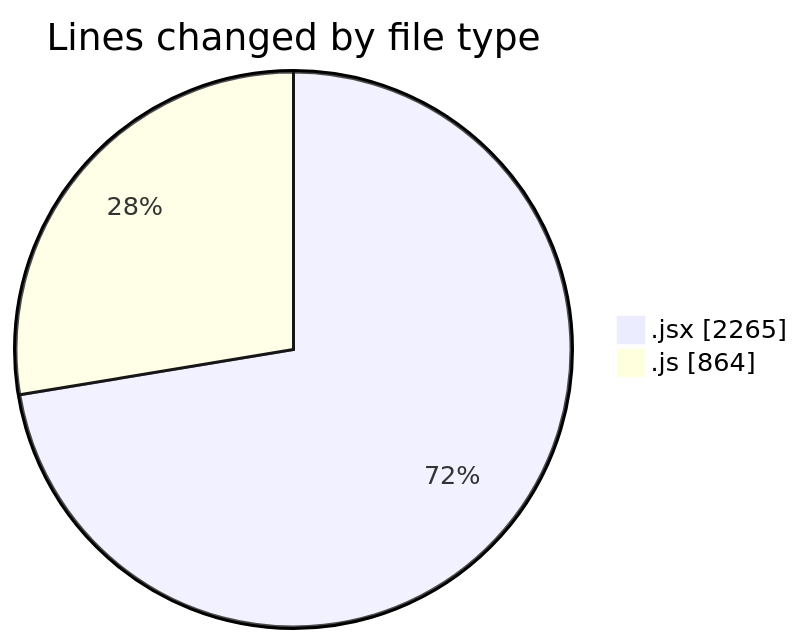
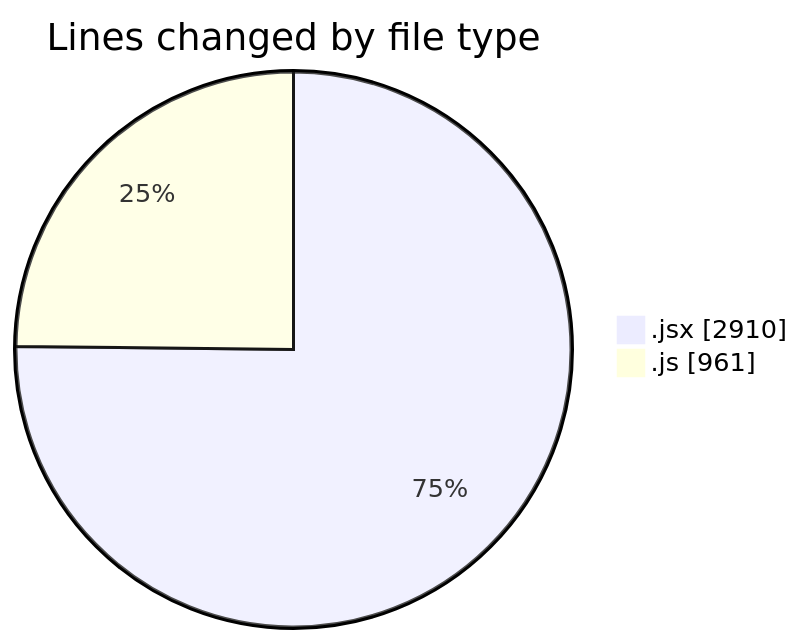
Before and after one commit to nxtqubesakshisongat/code-tracking: the first of 2 diagrams in 2025-11-21/nxtqube_webapp/README.md, drawn with Mermaid. The commit also changed other lines of this file and 1 other file, not shown here.

````diff
--- a/2025-11-21/nxtqube_webapp/README.md
+++ b/2025-11-21/nxtqube_webapp/README.md
@@ -28,6 +30,6 @@
 ```mermaid
 pie showData
 title Lines changed by file type
-".jsx" : 2265
-".js" : 864
+".jsx" : 2910
+".js" : 961
 ```
````
